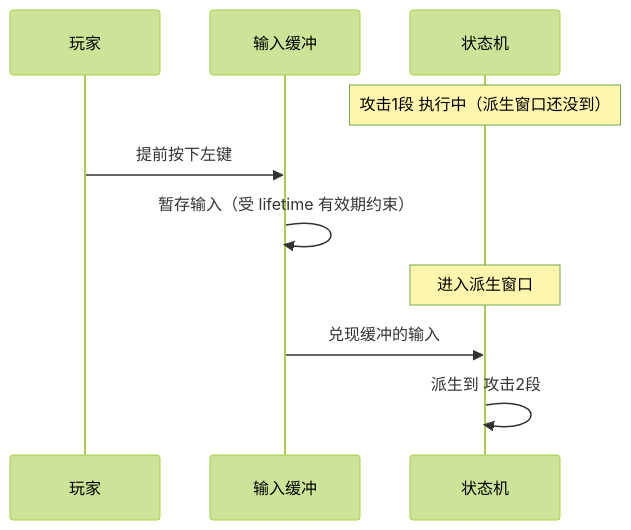
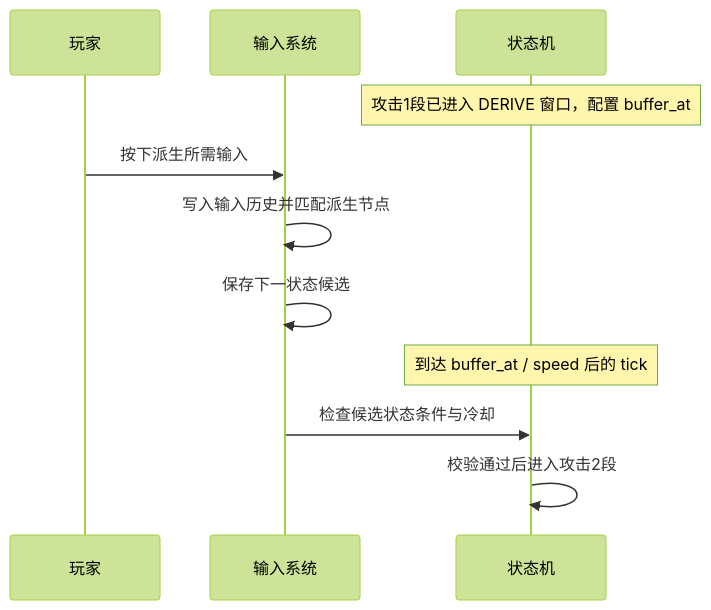
One commit to 17Artist/ArcartX-Wiki changed the fourth of 4 diagrams in content/docs/chronos/1_start.mdx. Above: the diagram before and after it, drawn with Mermaid (forest theme). The commit also changed other lines of this file and 23 other files, not shown here.

````diff
--- a/content/docs/chronos/1_start.mdx
+++ b/content/docs/chronos/1_start.mdx
@@ -161,12 +168,13 @@
 ```mermaid
 sequenceDiagram
     participant P as 玩家
-    participant B as 输入缓冲
+    participant B as 输入系统
     participant S as 状态机
-    Note over S: 攻击1段 执行中（派生窗口还没到）
-    P->>B: 提前按下左键
-    B->>B: 暂存输入（受 lifetime 有效期约束）
-    Note over S: 进入派生窗口
-    B->>S: 兑现缓冲的输入
-    S->>S: 派生到 攻击2段
+    Note over S: 攻击1段已进入 DERIVE 窗口，配置 buffer_at
+    P->>B: 按下派生所需输入
+    B->>B: 写入输入历史并匹配派生节点
+    B->>B: 保存下一状态候选
+    Note over S: 到达 buffer_at / speed 后的 tick
+    B->>S: 检查候选状态条件与冷却
+    S->>S: 校验通过后进入攻击2段
 ```
````
